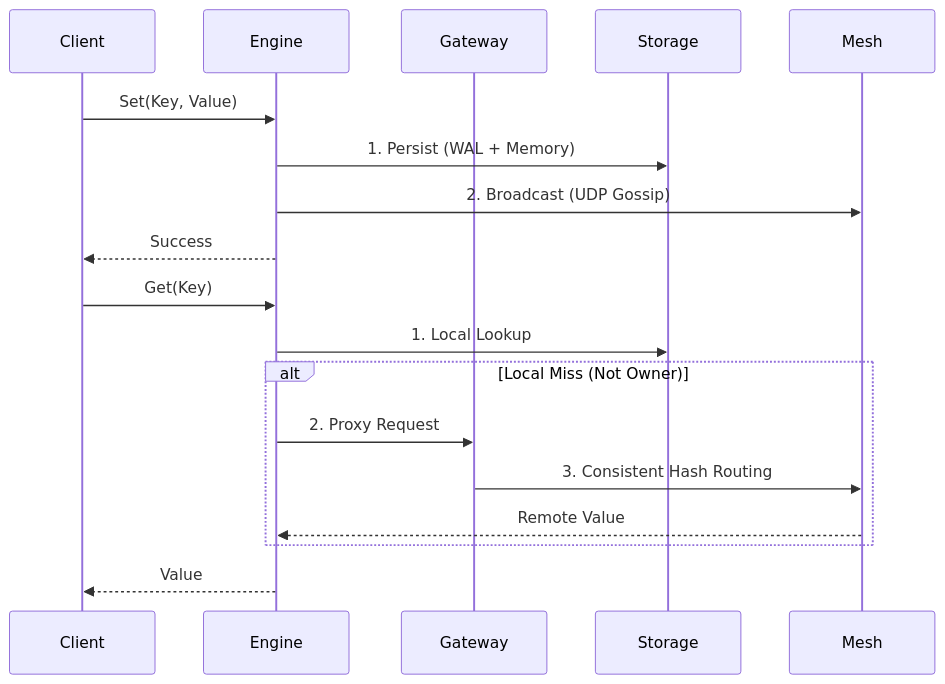
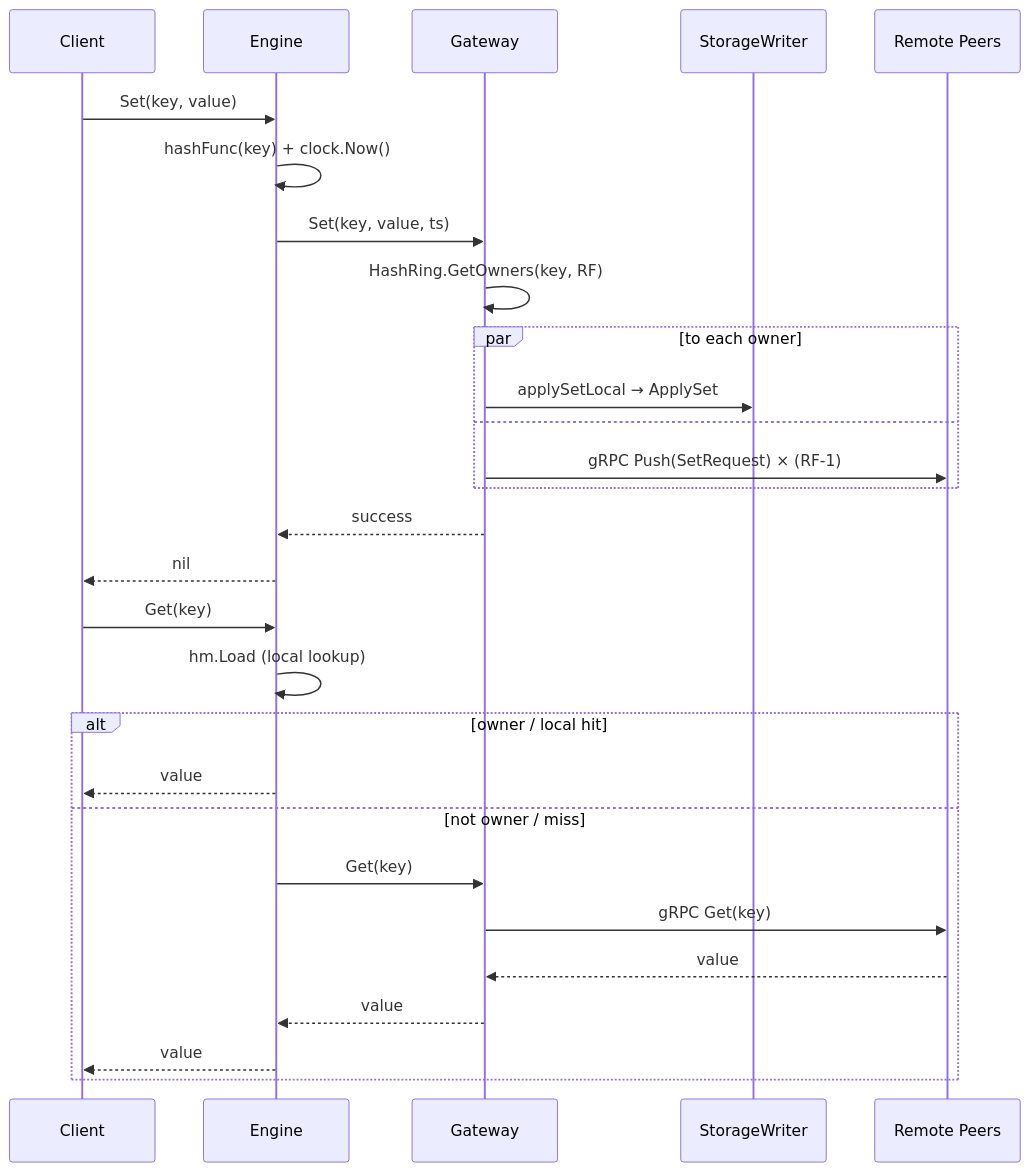
The second of 3 diagrams in README.md (RoseWrightdev/dkv), drawn with Mermaid before and after one commit. The commit also changed other lines of this file, not shown here.

````diff
--- a/README.md
+++ b/README.md
@@ -66,24 +68,34 @@
 ```mermaid
 sequenceDiagram
     participant Client
     participant Engine
     participant Gateway
-    participant Storage
-    participant Mesh
+    participant Writer as StorageWriter
+    participant Peers as Remote Peers
 
-    %% Write Path
-    Client->>Engine: Set(Key, Value)
-    Engine->>Storage: 1. Persist (WAL + Memory)
-    Engine->>Mesh: 2. Broadcast (UDP Gossip)
-    Engine-->>Client: Success
-    
-    %% Read Path
-    Client->>Engine: Get(Key)
-    Engine->>Storage: 1. Local Lookup
-    alt Local Miss (Not Owner)
-        Engine->>Gateway: 2. Proxy Request
-        Gateway->>Mesh: 3. Consistent Hash Routing
-        Mesh-->>Engine: Remote Value
+    %% Write
+    Client->>Engine: Set(key, value)
+    Engine->>Engine: hashFunc(key) + clock.Now()
+    Engine->>Gateway: Set(key, value, ts)
+    Gateway->>Gateway: HashRing.GetOwners(key, RF)
+    par to each owner
+        Gateway->>Writer: applySetLocal → ApplySet
+    and
+        Gateway->>Peers: gRPC Push(SetRequest) × (RF-1)
     end
-    Engine-->>Client: Value
+    Gateway-->>Engine: success
+    Engine-->>Client: nil
+
+    %% Read
+    Client->>Engine: Get(key)
+    Engine->>Engine: hm.Load (local lookup)
+    alt owner / local hit
+        Engine-->>Client: value
+    else not owner / miss
+        Engine->>Gateway: Get(key)
+        Gateway->>Peers: gRPC Get(key)
+        Peers-->>Gateway: value
+        Gateway-->>Engine: value
+        Engine-->>Client: value
+    end
 ```
````
